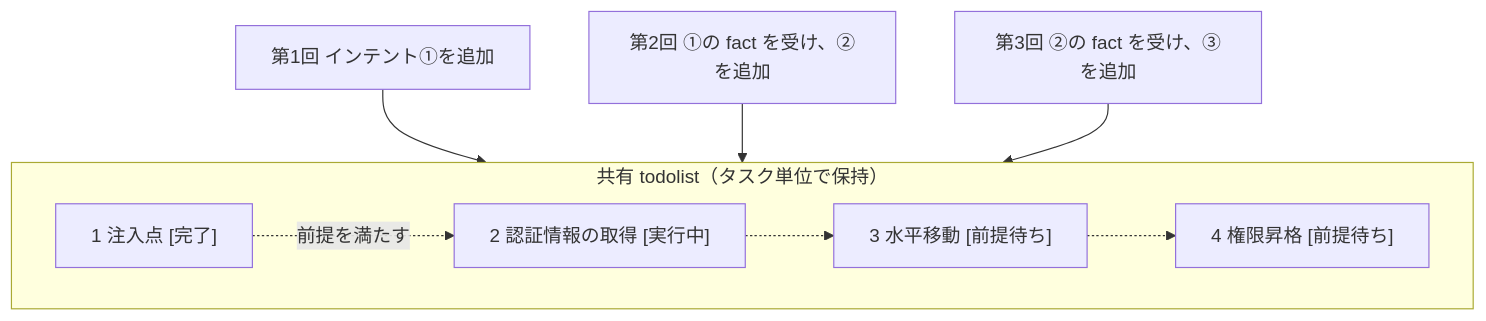
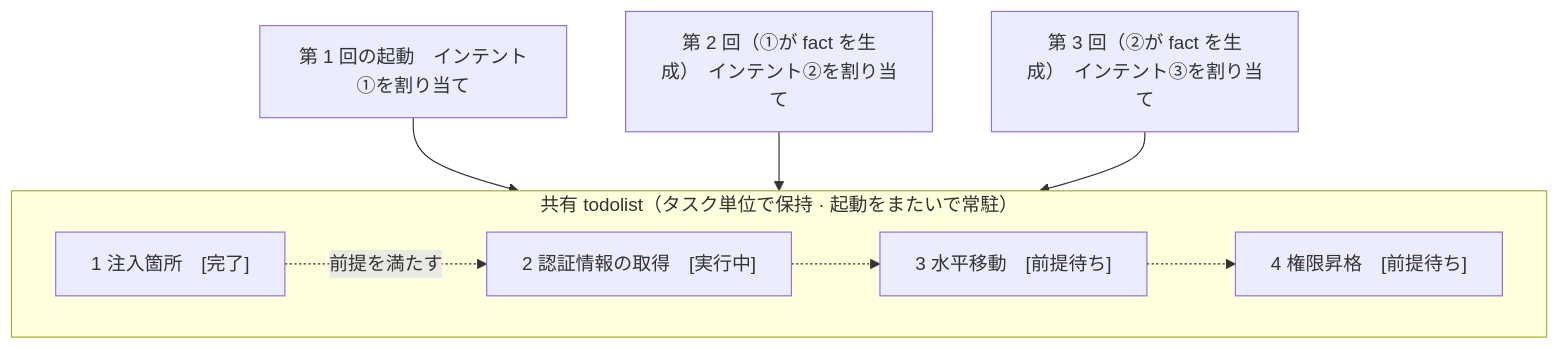
The fifth of 5 diagrams in README.md (hara-kazu/ARTEX-Japanese), drawn with Mermaid before and after one commit. The commit also changed other lines of this file and 85 other files, not shown here.

````diff
--- a/README.md
+++ b/README.md
@@ -512,14 +448,14 @@
 ```mermaid
 flowchart TB
-  subgraph TODO["共有 todolist（タスク単位で保持）"]
+  subgraph TODO["共有 todolist（タスク単位で保持 · 起動をまたいで常駐）"]
     direction LR
-    T1["1 注入点 [完了]"]
-    T2["2 認証情報の取得 [実行中]"]
-    T3["3 水平移動 [前提待ち]"]
-    T4["4 権限昇格 [前提待ち]"]
+    T1["1 注入箇所　[完了]"]
+    T2["2 認証情報の取得　[実行中]"]
+    T3["3 水平移動　[前提待ち]"]
+    T4["4 権限昇格　[前提待ち]"]
     T1 -.前提を満たす.-> T2 -.-> T3 -.-> T4
   end
-  R1["第1回 インテント①を追加"] --> T1
-  R2["第2回 ①の fact を受け、②を追加"] --> T2
-  R3["第3回 ②の fact を受け、③を追加"] --> T3
+  R1["第 1 回の起動　インテント①を割り当て"] --> T1
+  R2["第 2 回（①が fact を生成）　インテント②を割り当て"] --> T2
+  R3["第 3 回（②が fact を生成）　インテント③を割り当て"] --> T3
 ```
````
